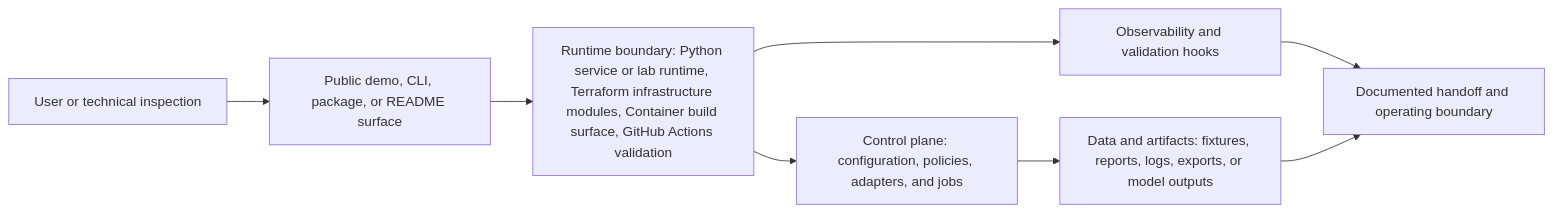
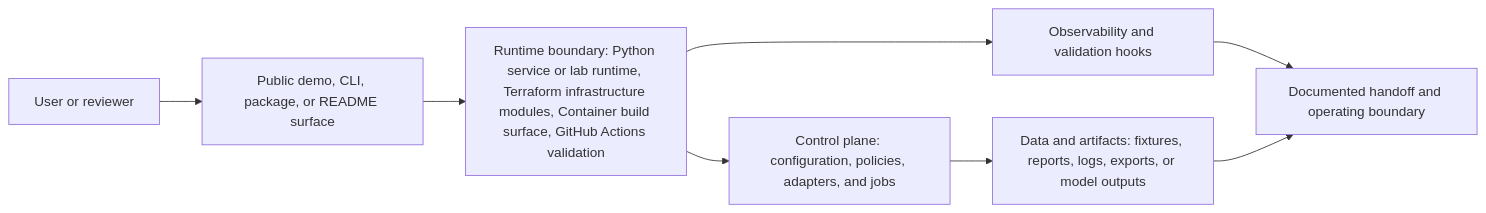
Before and after one commit to KIM3310/fab-ops-yield-control-tower: the diagram in docs/system-architecture.md, drawn with Mermaid. The commit also changed 30 other files, not shown here.

Commit message:
chore: refine fab operations architecture

````diff
--- a/docs/system-architecture.md
+++ b/docs/system-architecture.md
@@ -18,10 +18,10 @@
 ```mermaid
 flowchart LR
-    User["User or technical inspection"] --> Surface["Public demo, CLI, package, or README surface"]
+    User["User or reviewer"] --> Surface["Public demo, CLI, package, or README surface"]
     Surface --> Runtime["Runtime boundary: Python service or lab runtime, Terraform infrastructure modules, Container build surface, GitHub Actions validation"]
     Runtime --> Control["Control plane: configuration, policies, adapters, and jobs"]
     Control --> Data["Data and artifacts: fixtures, reports, logs, exports, or model outputs"]
     Runtime --> Observability["Observability and validation hooks"]
     Observability --> Handoff["Documented handoff and operating boundary"]
     Data --> Handoff
 ```
````
